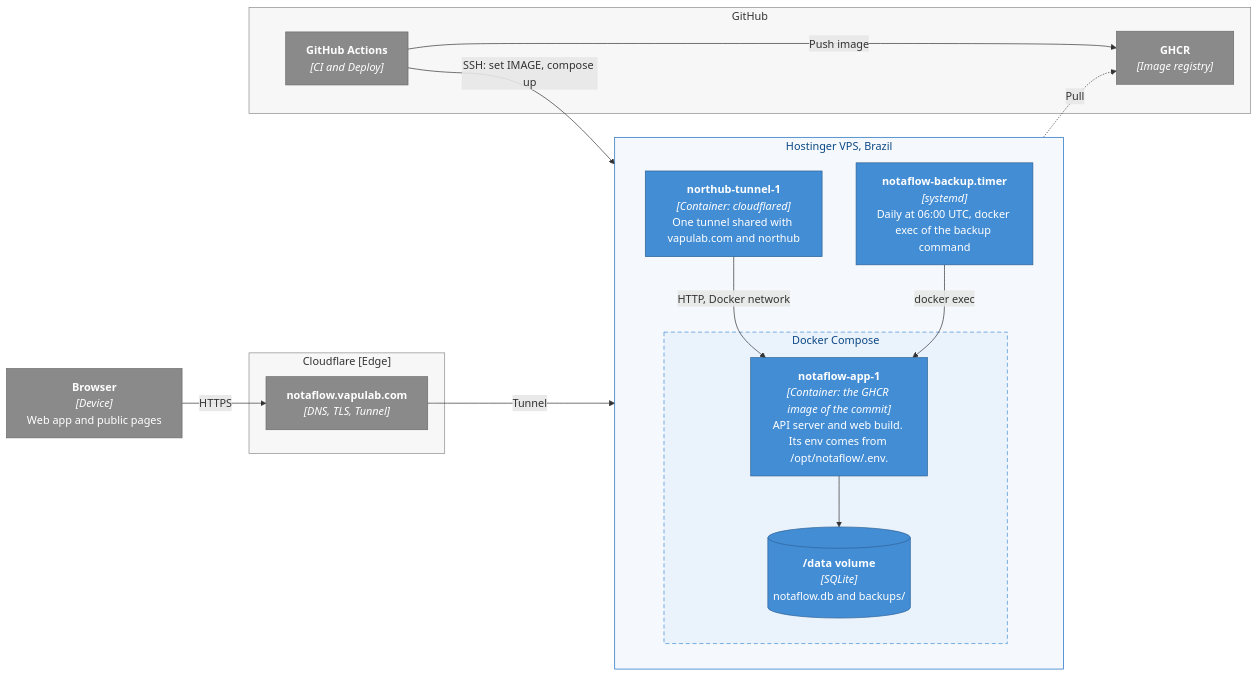
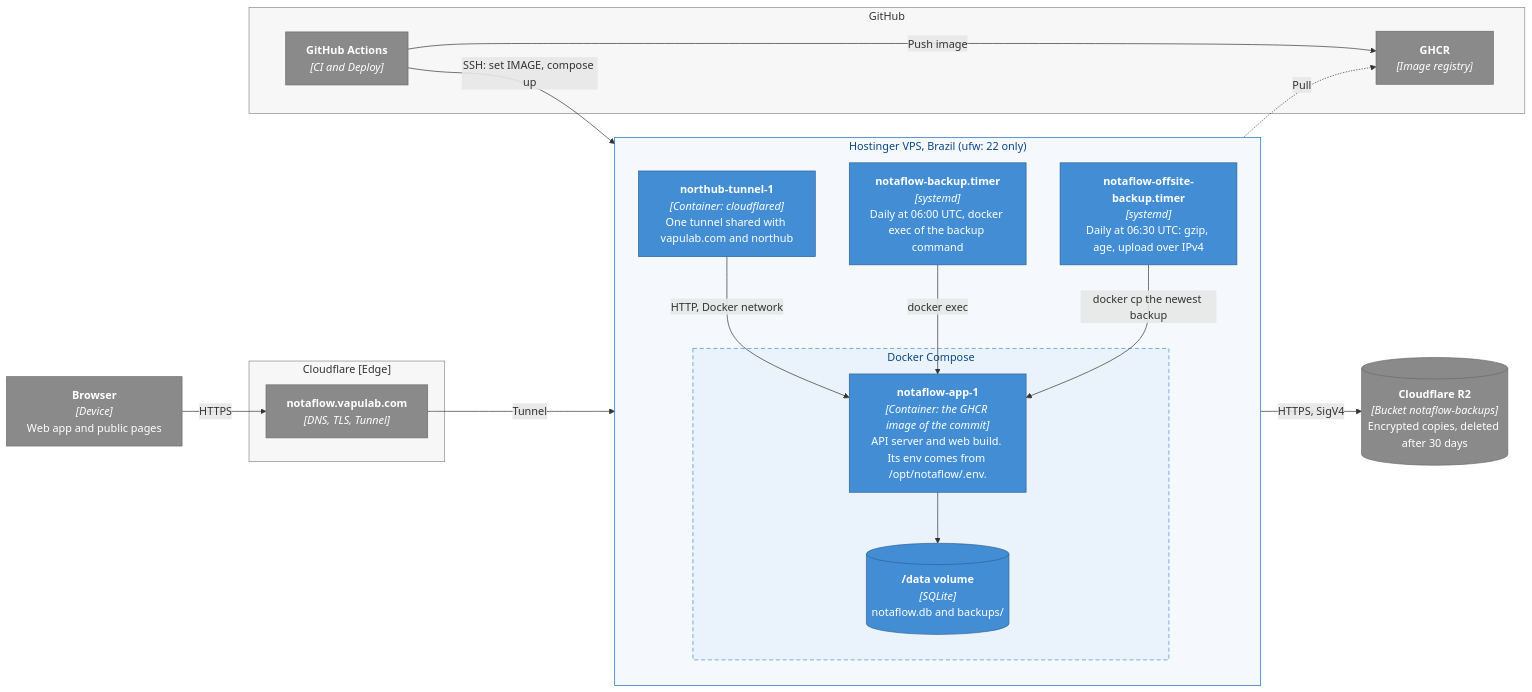
One commit to Vapulab/notaflow changed the diagram in docs/ENGINEERING/ARCHITECTURE/diagrams/c4-4-deployment.mmd. Above: the diagram before and after it, drawn with Mermaid. The commit also changed 12 other files, not shown here.

First line of the commit message:
feat(deploy): encrypted off-site backups to Cloudflare R2

```diff
--- a/docs/ENGINEERING/ARCHITECTURE/diagrams/c4-4-deployment.mmd
+++ b/docs/ENGINEERING/ARCHITECTURE/diagrams/c4-4-deployment.mmd
@@ -1,40 +1,45 @@
 %% C4 deployment: production. Render with diagrams/render.html (see README.md).
 flowchart LR
   browser["<b>Browser</b><br/><i>[Device]</i><br/>Web app and public pages"]
 
   subgraph cf["Cloudflare [Edge]"]
     edge["<b>notaflow.vapulab.com</b><br/><i>[DNS, TLS, Tunnel]</i>"]
   end
 
-  subgraph vps["Hostinger VPS, Brazil"]
+  subgraph vps["Hostinger VPS, Brazil (ufw: 22 only)"]
     direction TB
     subgraph compose["Docker Compose"]
       app["<b>notaflow-app-1</b><br/><i>[Container: the GHCR image of the commit]</i><br/>API server and web build. Its env comes from /opt/notaflow/.env."]
       vol[("<b>/data volume</b><br/><i>[SQLite]</i><br/>notaflow.db and backups/")]
     end
     cloudflared["<b>northub-tunnel-1</b><br/><i>[Container: cloudflared]</i><br/>One tunnel shared with vapulab.com and northub"]
     timer["<b>notaflow-backup.timer</b><br/><i>[systemd]</i><br/>Daily at 06:00 UTC, docker exec of the backup command"]
+    offsite["<b>notaflow-offsite-backup.timer</b><br/><i>[systemd]</i><br/>Daily at 06:30 UTC: gzip, age, upload over IPv4"]
   end
+
+  r2[("<b>Cloudflare R2</b><br/><i>[Bucket notaflow-backups]</i><br/>Encrypted copies, deleted after 30 days")]
 
   subgraph gh["GitHub"]
     actions["<b>GitHub Actions</b><br/><i>[CI and Deploy]</i>"]
     ghcr["<b>GHCR</b><br/><i>[Image registry]</i>"]
   end
 
   browser -- "HTTPS" --> edge
   edge -- "Tunnel" --> cloudflared
   cloudflared -- "HTTP, Docker network" --> app
   app --> vol
   timer -- "docker exec" --> app
+  offsite -- "docker cp the newest backup" --> app
+  offsite -- "HTTPS, SigV4" --> r2
   actions -- "Push image" --> ghcr
   actions -- "SSH: set IMAGE, compose up" --> app
   app -. "Pull" .-> ghcr
 
   classDef node fill:#438dd5,stroke:#2e6295,color:#fff
   classDef external fill:#8a8a8a,stroke:#6b6b6b,color:#fff
-  class app,vol,cloudflared,timer node
-  class browser,edge,actions,ghcr external
+  class app,vol,cloudflared,timer,offsite node
+  class browser,edge,actions,ghcr,r2 external
   style vps fill:#f5f8fc,stroke:#1168bd,color:#0b4884
   style compose fill:#eaf2fb,stroke:#438dd5,stroke-dasharray:6 4,color:#0b4884
   style cf fill:#f7f7f7,stroke:#8a8a8a,color:#333
   style gh fill:#f7f7f7,stroke:#8a8a8a,color:#333
```
